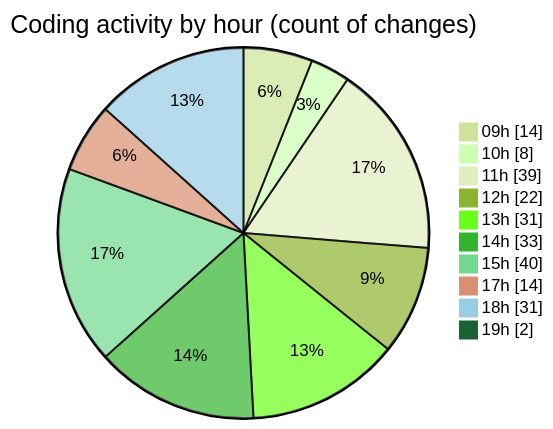
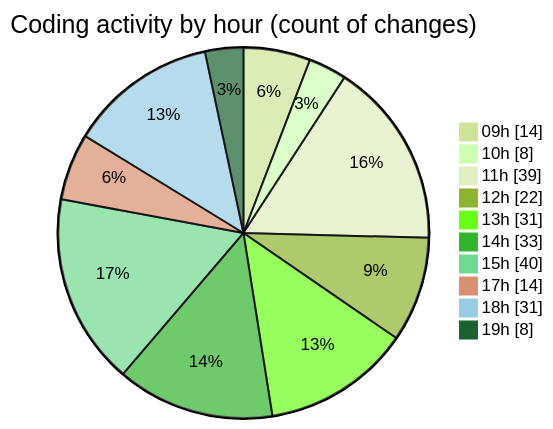
Before and after one commit to momahboobian/code-tracking: the second of 2 diagrams in 2025-02-07/cda/README.md, drawn with Mermaid (forest theme). The commit also changed other lines of this file and 1 other file, not shown here.

````diff
--- a/2025-02-07/cda/README.md
+++ b/2025-02-07/cda/README.md
@@ -70,14 +70,14 @@
 ```mermaid
 pie showData
 title Coding activity by hour (count of changes)
 "09h" : 14
 "10h" : 8
 "11h" : 39
 "12h" : 22
 "13h" : 31
 "14h" : 33
 "15h" : 40
 "17h" : 14
 "18h" : 31
-"19h" : 2
+"19h" : 8
 ```
````
